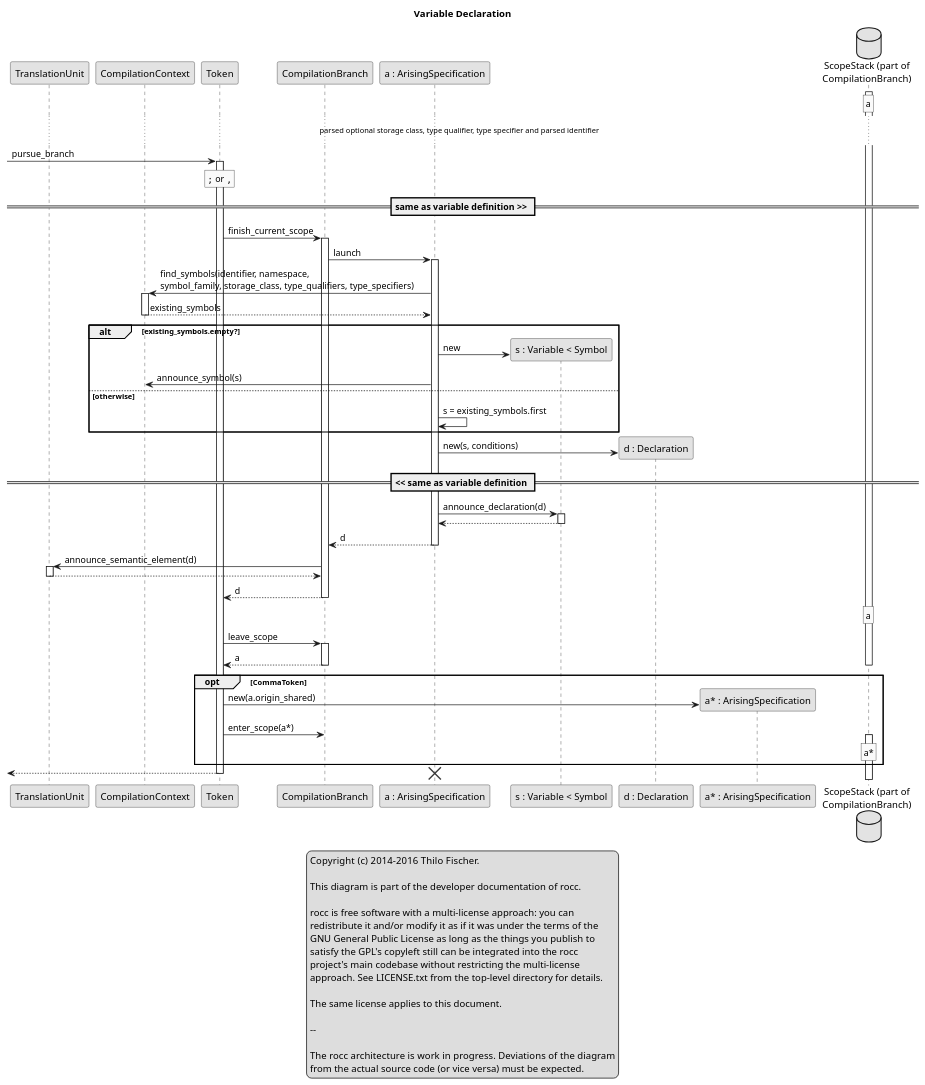
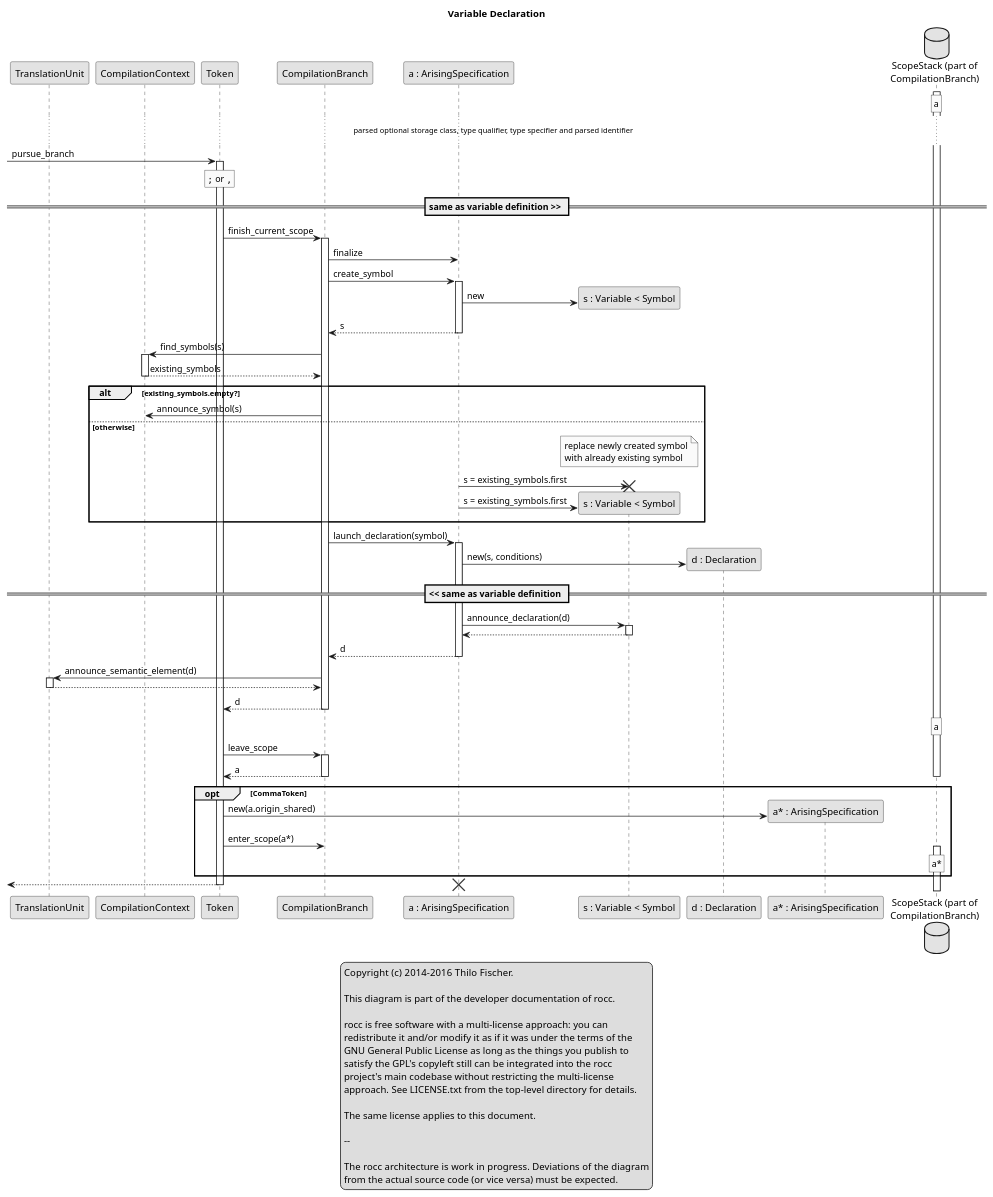
Before and after one commit to thilo-fischer/rocc: the diagram in design/snippets/symbol-instantiation_variable-declaration.puml, drawn with PlantUML. The commit also changed 8 other files, not shown here.

```diff
--- a/design/snippets/symbol-instantiation_variable-declaration.puml
+++ b/design/snippets/symbol-instantiation_variable-declaration.puml
@@ -1,118 +1,128 @@
 @startuml
 
 legend center
   Copyright (c) 2014-2016  Thilo Fischer.
   
   This diagram is part of the developer documentation of rocc.
  
   rocc is free software with a multi-license approach: you can
   redistribute it and/or modify it as if it was under the terms of the
   GNU General Public License as long as the things you publish to
   satisfy the GPL's copyleft still can be integrated into the rocc
   project's main codebase without restricting the multi-license
   approach. See LICENSE.txt from the top-level directory for details.
  
   The same license applies to this document.
 
   --
 
   The rocc architecture is work in progress.  Deviations of the diagram
   from the actual source code (or vice versa) must be expected.
 endlegend
 
 skinparam monochrome true
 
 title Variable Declaration
 
 participant TranslationUnit
 participant CompilationContext
 participant Token
 participant CompilationBranch
 participant "a : ArisingSpecification" as ArisingSpecification
 participant "s : Variable < Symbol" as Symbol
 participant "d : Declaration" as Declaration
 participant "a* : ArisingSpecification" as NextArisingSpecification
 database "ScopeStack (part of\nCompilationBranch)" as ScopeStack
 
 activate ScopeStack
 rnote over ScopeStack : a
 
 ... parsed optional storage class, type qualifier, type specifier and parsed identifier ...
 
 [-> Token : pursue_branch
 
 rnote over Token : "";"" or "",""
 
 activate Token
 
 == same as variable definition >> ==
 
 Token -> CompilationBranch : finish_current_scope
 activate CompilationBranch
 
-'note over ArisingSpecification : CompilationBranch#\ncurrent_scope
-CompilationBranch -> ArisingSpecification : launch
+CompilationBranch -> ArisingSpecification : finalize
+
+CompilationBranch -> ArisingSpecification : create_symbol
 activate ArisingSpecification
+create Symbol
+ArisingSpecification -> Symbol : new
+CompilationBranch <-- ArisingSpecification : s
+deactivate ArisingSpecification
 
-ArisingSpecification -> CompilationContext : find_symbols(identifier, namespace,\nsymbol_family, storage_class, type_qualifiers, type_specifiers)
+CompilationBranch -> CompilationContext : find_symbols(s)
 activate CompilationContext
-ArisingSpecification <-- CompilationContext : existing_symbols
+CompilationBranch <-- CompilationContext : existing_symbols
 deactivate CompilationContext
 
 alt existing_symbols.empty?
 
-  create Symbol
-  ArisingSpecification -> Symbol : new
-
-  ArisingSpecification -> CompilationContext : announce_symbol(s)
+  CompilationBranch -> CompilationContext : announce_symbol(s)
   'activate CompilationContext
   'CompilationBranch <-- CompilationContext : symbol
   'deactivate CompilationContext
 
 else otherwise
 
-  ArisingSpecification -> ArisingSpecification : s = existing_symbols.first
+  note over Symbol : replace newly created symbol\nwith already existing symbol
+  ArisingSpecification -> Symbol : s = existing_symbols.first
+  destroy Symbol
+  create Symbol
+  ArisingSpecification -> Symbol : s = existing_symbols.first
   
 end ' alt existing_symbols.empty?
+
+'note over ArisingSpecification : CompilationBranch#\ncurrent_scope
+CompilationBranch -> ArisingSpecification : launch_declaration(symbol)
+activate ArisingSpecification
 
 create Declaration
 ArisingSpecification -> Declaration : new(s, conditions)
 
 == << same as variable definition ==
 
 ArisingSpecification -> Symbol : announce_declaration(d)
 activate Symbol
 ArisingSpecification <-- Symbol
 deactivate Symbol
 
 CompilationBranch <-- ArisingSpecification : d
 deactivate ArisingSpecification
 
 CompilationBranch -> TranslationUnit : announce_semantic_element(d)
 activate TranslationUnit
 CompilationBranch <-- TranslationUnit
 deactivate TranslationUnit
 
 Token <-- CompilationBranch : d
 deactivate CompilationBranch
 
 rnote over ScopeStack : a
 Token -> CompilationBranch : leave_scope
 activate CompilationBranch
 Token <-- CompilationBranch : a
 deactivate CompilationBranch
 deactivate ScopeStack
 
 opt CommaToken
   create NextArisingSpecification
   Token -> NextArisingSpecification : new(a.origin_shared)
   Token -> CompilationBranch : enter_scope(a*)
   rnote over ScopeStack : a*
   activate ScopeStack
 end ' alt CommaToken
 
 [<-- Token
 deactivate Token
 destroy ArisingSpecification
 
 @enduml
```
